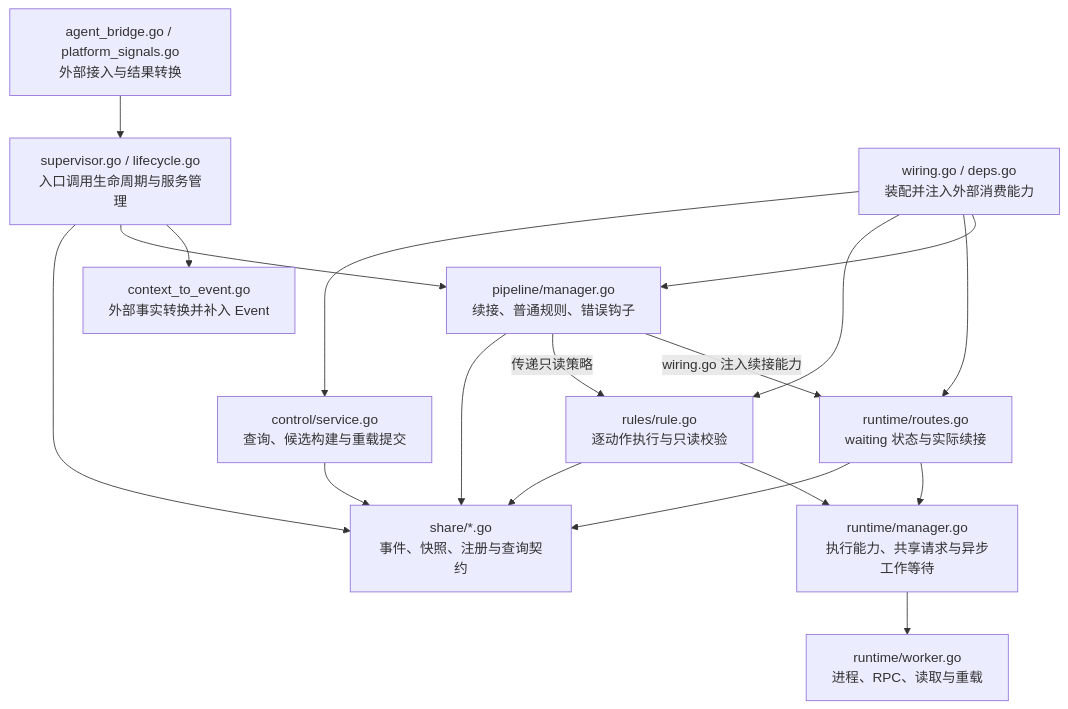
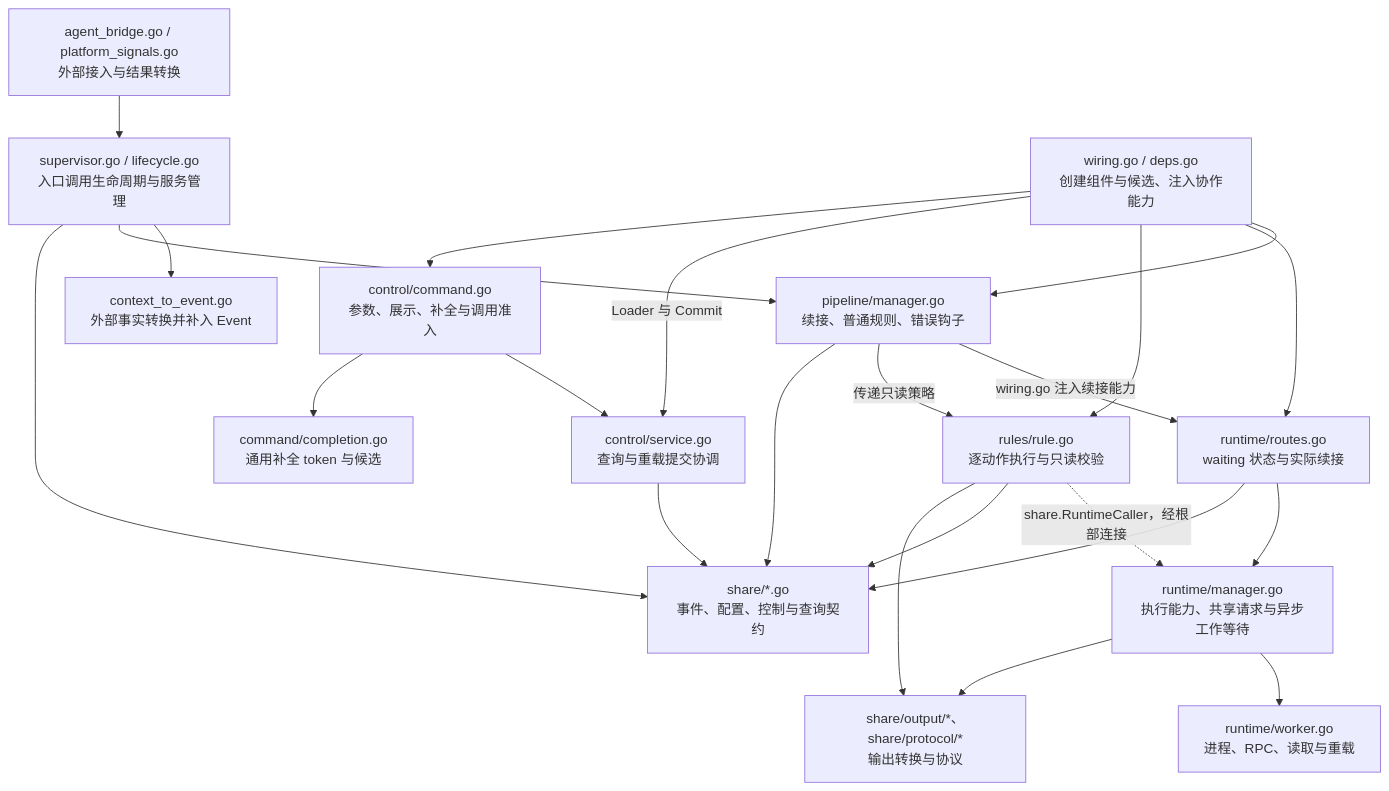
Before and after one commit to Elflare/elbot: diagram 13 of 16 in devdocs/architecture.md, drawn with Mermaid. The commit also changed other lines of this file and 69 other files, not shown here.

````diff
--- a/devdocs/architecture.md
+++ b/devdocs/architecture.md
@@ -441,14 +441,18 @@
 ```mermaid
 flowchart TD
     A["agent_bridge.go / platform_signals.go<br/>外部接入与结果转换"] --> S["supervisor.go / lifecycle.go<br/>入口调用生命周期与服务管理"]
     S --> F["context_to_event.go<br/>外部事实转换并补入 Event"]
     S --> P["pipeline/manager.go<br/>续接、普通规则、错误钩子"]
     P -->|wiring.go 注入续接能力| R["runtime/routes.go<br/>waiting 状态与实际续接"]
     P -->|传递只读策略| Q["rules/rule.go<br/>逐动作执行与只读校验"]
-    W["wiring.go / deps.go<br/>装配并注入外部消费能力"] --> P & R & Q
-    W --> M["control/service.go<br/>查询、候选构建与重载提交"]
-    Q --> RT["runtime/manager.go<br/>执行能力、共享请求与异步工作等待"]
+    W["wiring.go / deps.go<br/>创建组件与候选、注入协作能力"] --> P & R & Q
+    W -->|Loader 与 Commit| M["control/service.go<br/>查询与重载提交协调"]
+    W --> CMD["control/command.go<br/>参数、展示、补全与调用准入"]
+    CMD --> M
+    CMD --> CC["command/completion.go<br/>通用补全 token 与候选"]
+    Q -.->|share.RuntimeCaller，经根部连接| RT["runtime/manager.go<br/>执行能力、共享请求与异步工作等待"]
     RT --> WK["runtime/worker.go<br/>进程、RPC、读取与重载"]
     R --> RT
-    S & P & R & Q & M --> C["share/*.go<br/>事件、快照、注册与查询契约"]
+    S & P & R & Q & M --> C["share/*.go<br/>事件、配置、控制与查询契约"]
+    Q & RT --> SH["share/output/*、share/protocol/*<br/>输出转换与协议"]
 ```
````
